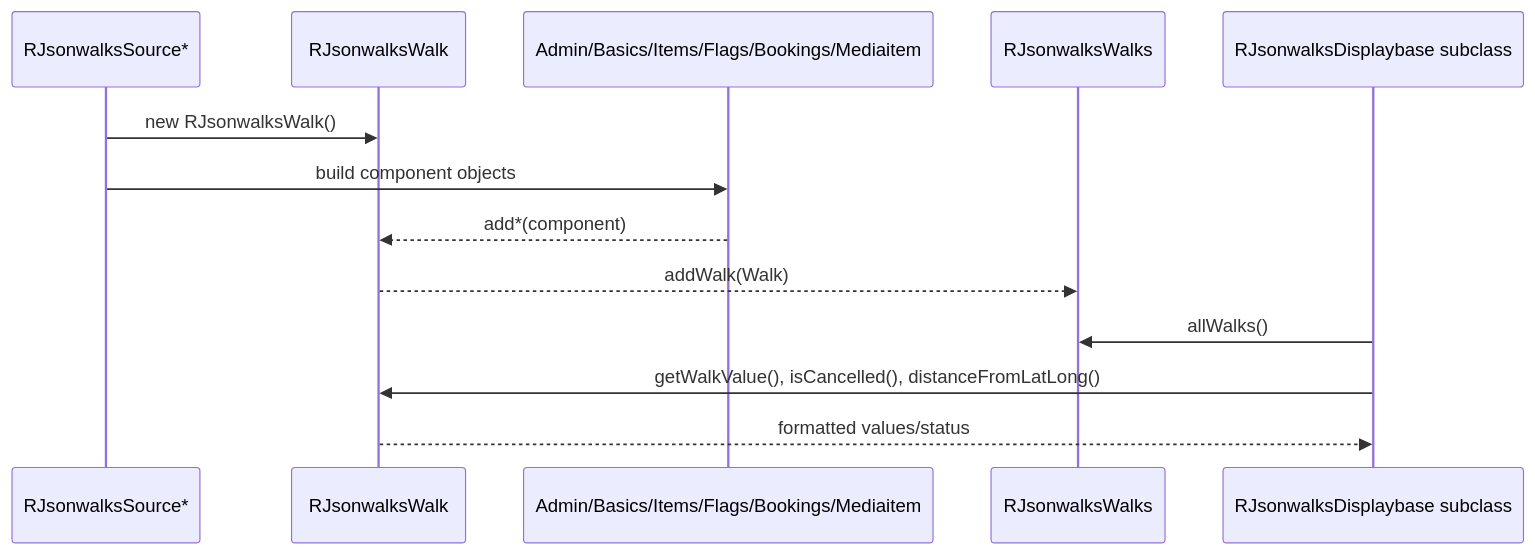
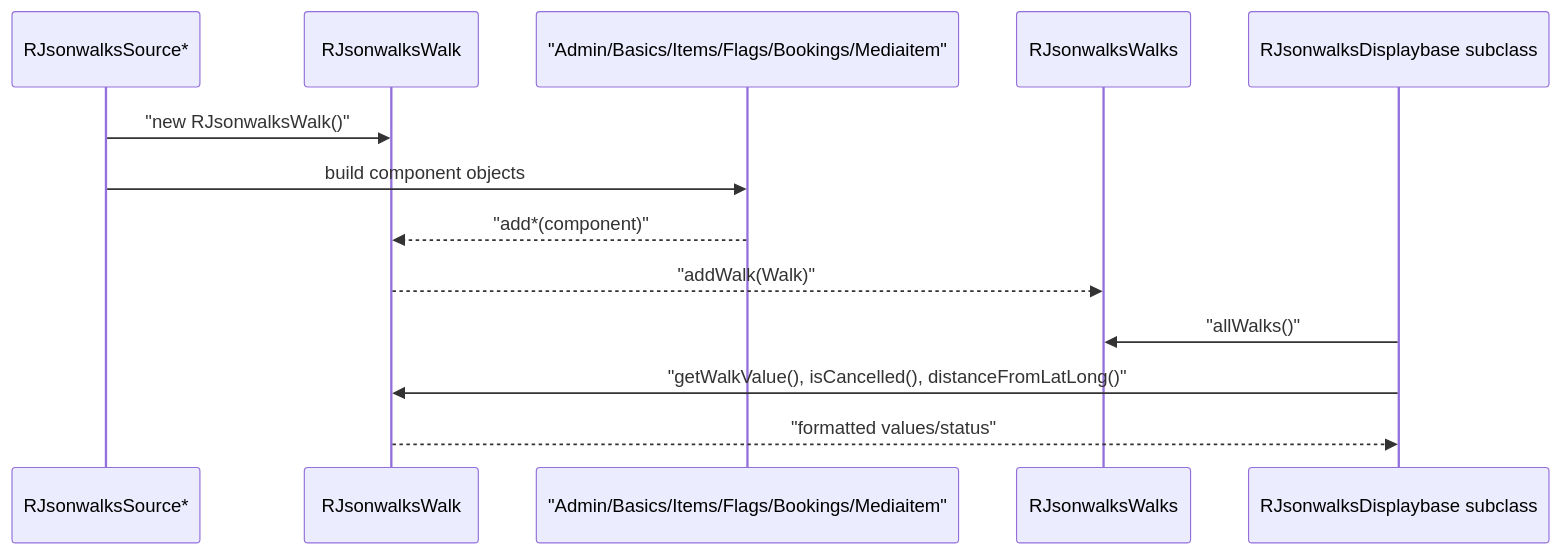
The second of 2 diagrams in jsonwalks/walk/HLD.md (pauljrhodes/ramblers-library), drawn with Mermaid before and after one commit. The commit also changed other lines of this file and 33 other files, not shown here.

Commit message:
Normalize Mermaid diagrams for GitHub rendering

````diff
--- a/jsonwalks/walk/HLD.md
+++ b/jsonwalks/walk/HLD.md
@@ -92,16 +92,16 @@
 ```mermaid
 sequenceDiagram
     participant Source as RJsonwalksSource*
     participant Walk as RJsonwalksWalk
-    participant Components as Admin/Basics/Items/Flags/Bookings/Mediaitem
+    participant Components as "Admin/Basics/Items/Flags/Bookings/Mediaitem"
     participant Collection as RJsonwalksWalks
     participant Presenter as RJsonwalksDisplaybase subclass
 
-    Source->>Walk: new RJsonwalksWalk()
+    Source->>Walk: "new RJsonwalksWalk()"
     Source->>Components: build component objects
-    Components-->>Walk: add*(component)
-    Walk-->>Collection: addWalk(Walk)
-    Presenter->>Collection: allWalks()
-    Presenter->>Walk: getWalkValue(), isCancelled(), distanceFromLatLong()
-    Walk-->>Presenter: formatted values/status
+    Components-->>Walk: "add*(component)"
+    Walk-->>Collection: "addWalk(Walk)"
+    Presenter->>Collection: "allWalks()"
+    Presenter->>Walk: "getWalkValue(), isCancelled(), distanceFromLatLong()"
+    Walk-->>Presenter: "formatted values/status"
 ```
````
